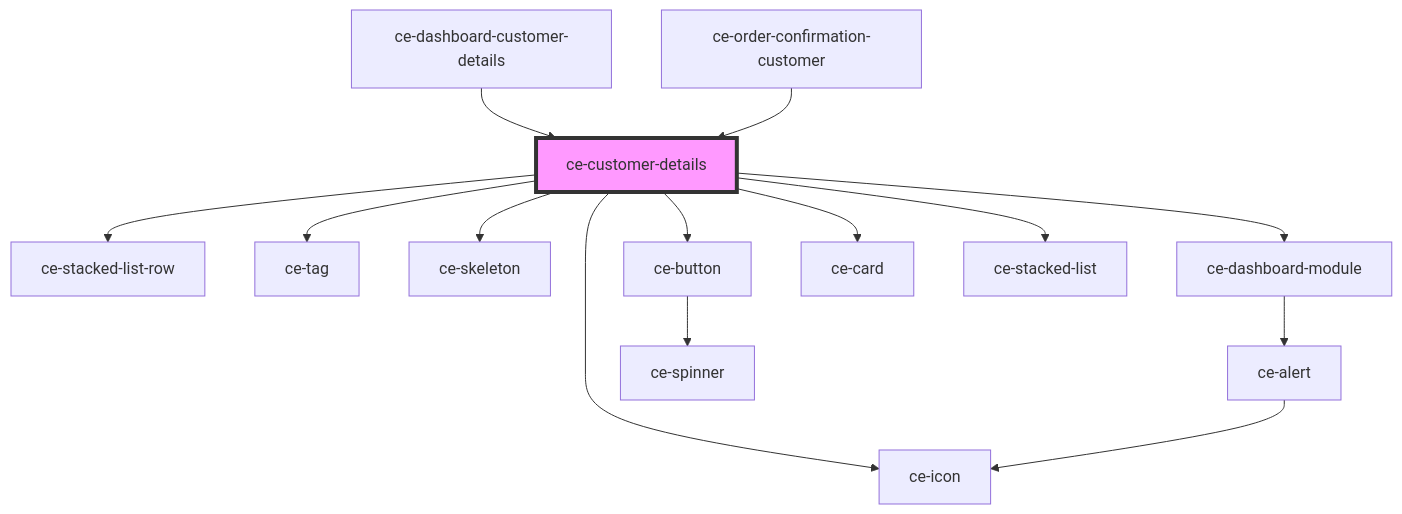
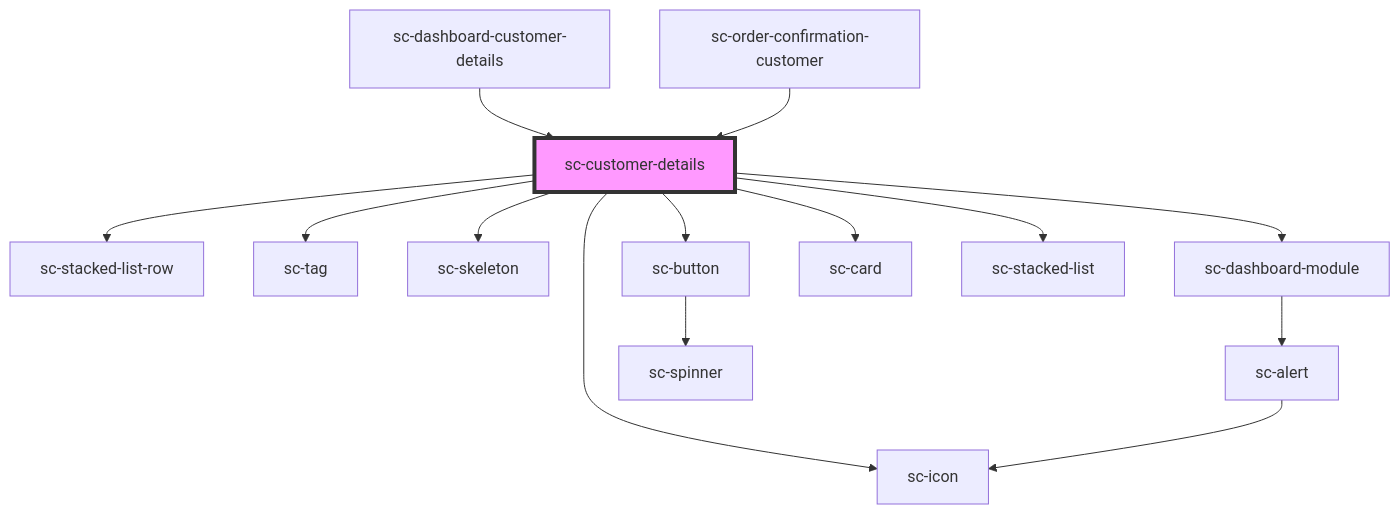
One commit to surecart/surecart-wp-plugin changed the diagram in packages/components/src/components/ui/customer-details/readme.md. Above: the diagram before and after it, drawn with Mermaid. The commit also changed other lines of this file and 1281 other files, not shown here.

````diff
--- a/packages/components/src/components/ui/customer-details/readme.md
+++ b/packages/components/src/components/ui/customer-details/readme.md
@@ -38,17 +38,17 @@
 ```mermaid
 graph TD;
-  ce-customer-details --> ce-stacked-list-row
-  ce-customer-details --> ce-tag
-  ce-customer-details --> ce-skeleton
-  ce-customer-details --> ce-dashboard-module
-  ce-customer-details --> ce-button
-  ce-customer-details --> ce-icon
-  ce-customer-details --> ce-card
-  ce-customer-details --> ce-stacked-list
-  ce-dashboard-module --> ce-alert
-  ce-alert --> ce-icon
-  ce-button --> ce-spinner
-  ce-dashboard-customer-details --> ce-customer-details
-  ce-order-confirmation-customer --> ce-customer-details
-  style ce-customer-details fill:#f9f,stroke:#333,stroke-width:4px
+  sc-customer-details --> sc-stacked-list-row
+  sc-customer-details --> sc-tag
+  sc-customer-details --> sc-skeleton
+  sc-customer-details --> sc-dashboard-module
+  sc-customer-details --> sc-button
+  sc-customer-details --> sc-icon
+  sc-customer-details --> sc-card
+  sc-customer-details --> sc-stacked-list
+  sc-dashboard-module --> sc-alert
+  sc-alert --> sc-icon
+  sc-button --> sc-spinner
+  sc-dashboard-customer-details --> sc-customer-details
+  sc-order-confirmation-customer --> sc-customer-details
+  style sc-customer-details fill:#f9f,stroke:#333,stroke-width:4px
 ```
````
